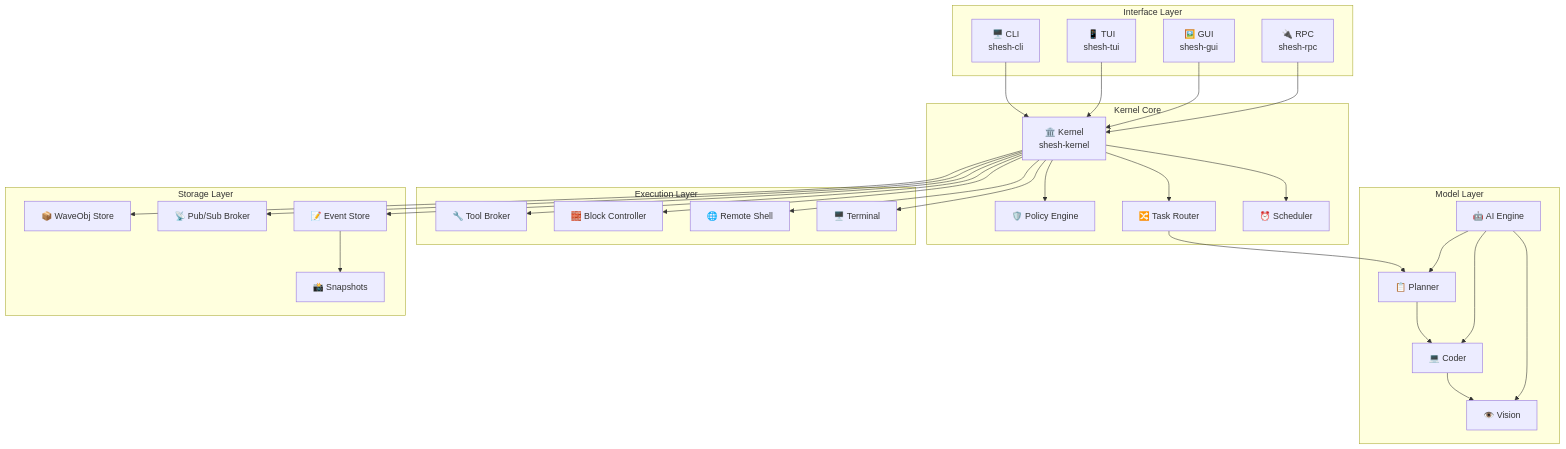
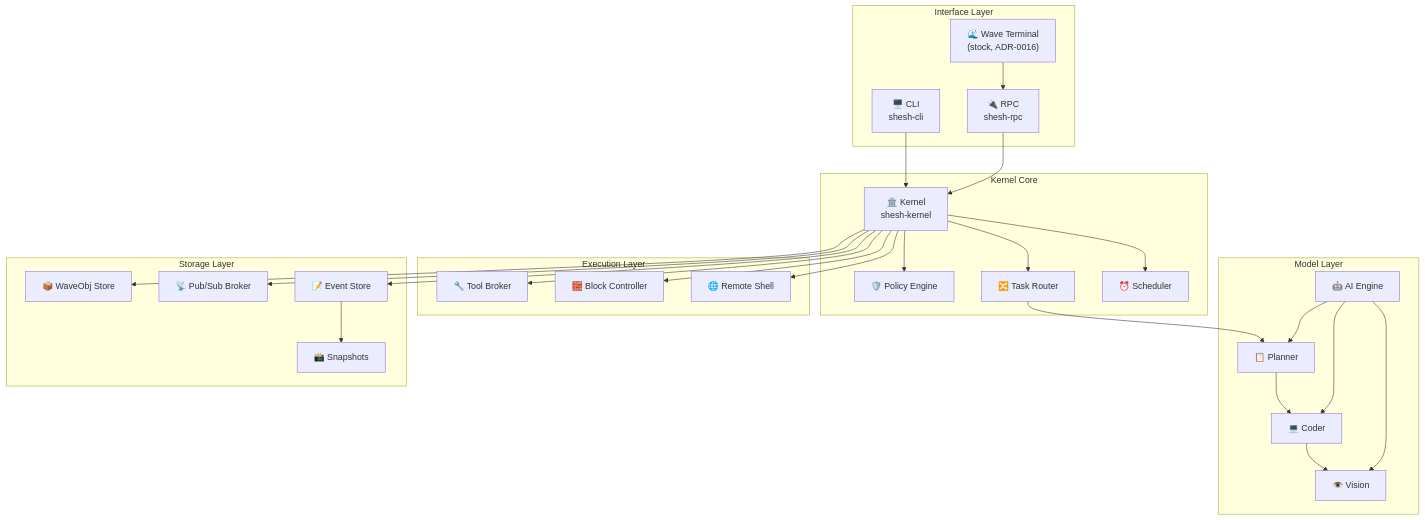
The third of 5 diagrams in README.md (gaganjainse/SheshAOS), drawn with Mermaid before and after one commit. The commit also changed other lines of this file and 83 other files, not shown here.

````diff
--- a/README.md
+++ b/README.md
@@ -244,64 +237,60 @@
 ```mermaid
 graph TB
     subgraph "Interface Layer"
         CLI["🖥️ CLI<br/>shesh-cli"]
-        TUI["📱 TUI<br/>shesh-tui"]
-        GUI["🖼️ GUI<br/>shesh-gui"]
+        WAVE["🌊 Wave Terminal<br/>(stock, ADR-0016)"]
         RPC["🔌 RPC<br/>shesh-rpc"]
     end
 
     subgraph "Kernel Core"
         KERNEL["🏛️ Kernel<br/>shesh-kernel"]
         POLICY["🛡️ Policy Engine"]
         ROUTER["🔀 Task Router"]
         SCHEDULER["⏰ Scheduler"]
     end
 
     subgraph "Model Layer"
         PLANNER["📋 Planner"]
         CODER["💻 Coder"]
         VISION["👁️ Vision"]
         AI["🤖 AI Engine"]
     end
 
     subgraph "Execution Layer"
         TOOLS["🔧 Tool Broker"]
         BLOCKCTL["🧱 Block Controller"]
         REMOTE["🌐 Remote Shell"]
-        TERMINAL["🖥️ Terminal"]
     end
 
     subgraph "Storage Layer"
         WAVEOBJ["📦 WaveObj Store"]
         WPS["📡 Pub/Sub Broker"]
         EVENTSTORE["📝 Event Store"]
         SNAPSHOT["📸 Snapshots"]
     end
 
     CLI --> KERNEL
-    TUI --> KERNEL
-    GUI --> KERNEL
+    WAVE --> RPC
     RPC --> KERNEL
 
     KERNEL --> POLICY
     KERNEL --> ROUTER
     KERNEL --> SCHEDULER
 
     ROUTER --> PLANNER
     PLANNER --> CODER
     CODER --> VISION
 
     KERNEL --> TOOLS
     KERNEL --> BLOCKCTL
     KERNEL --> REMOTE
-    KERNEL --> TERMINAL
 
     KERNEL --> WAVEOBJ
     KERNEL --> WPS
     KERNEL --> EVENTSTORE
     EVENTSTORE --> SNAPSHOT
 
     AI --> PLANNER
     AI --> CODER
     AI --> VISION
 ```
````
